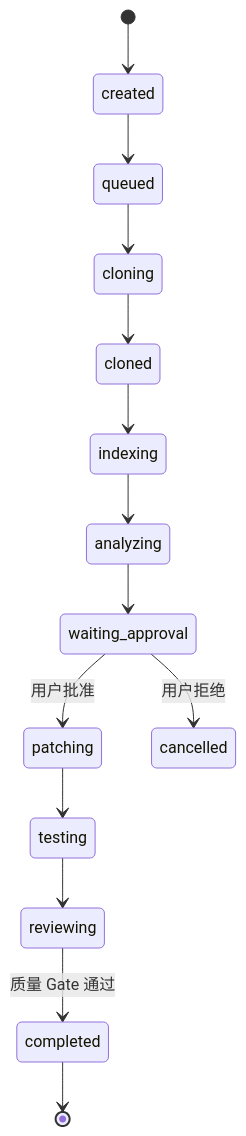
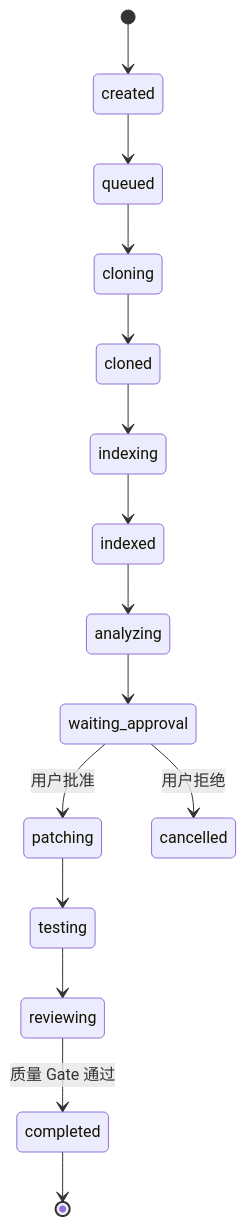
One commit to guiwenhui/IssuePilot changed the second of 2 diagrams in docs/architecture.md. Above: the diagram before and after it, drawn with Mermaid. The commit also changed other lines of this file and 51 other files, not shown here.

````diff
--- a/docs/architecture.md
+++ b/docs/architecture.md
@@ -81,16 +88,17 @@
 ```mermaid
 stateDiagram-v2
     [*] --> created
     created --> queued
     queued --> cloning
     cloning --> cloned
     cloned --> indexing
-    indexing --> analyzing
+    indexing --> indexed
+    indexed --> analyzing
     analyzing --> waiting_approval
     waiting_approval --> patching: 用户批准
     waiting_approval --> cancelled: 用户拒绝
     patching --> testing
     testing --> reviewing
     reviewing --> completed: 质量 Gate 通过
     completed --> [*]
 ```
````
